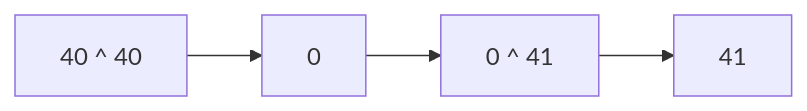
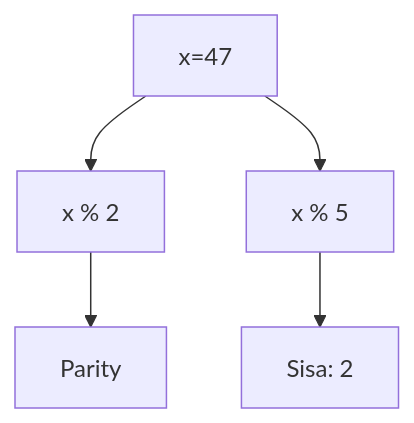
The fifth of 25 diagrams in part-c-pemahaman-cpp/06-bitwise/latihan/set-04.md (amnahwaida/OSNK_INF_PREP), drawn with Mermaid before and after one commit. The commit also changed other lines of this file and 71 other files, not shown here.

````diff
--- a/part-c-pemahaman-cpp/06-bitwise/latihan/set-04.md
+++ b/part-c-pemahaman-cpp/06-bitwise/latihan/set-04.md
@@ -134,6 +145,7 @@
 ```mermaid
-graph LR
-    A["40 ^ 40"] --> B[0]
-    B --> C["0 ^ 41"]
-    C --> D["41"]
+graph TD
+A[x=47] --> B[x % 2]
+B --> C[Parity]
+A --> D[x % 5]
+D --> E[Sisa: 2]
 ```
````
